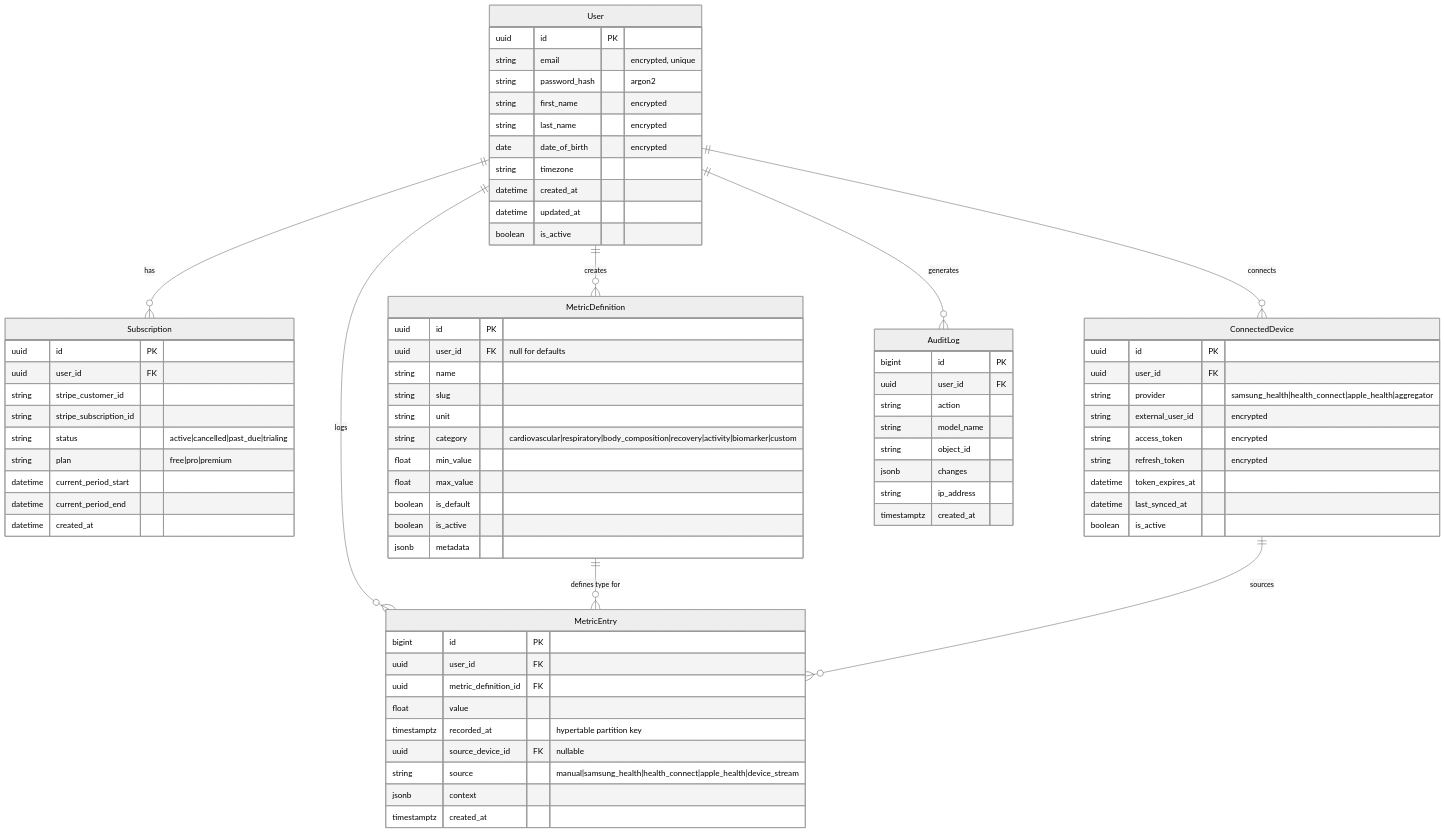
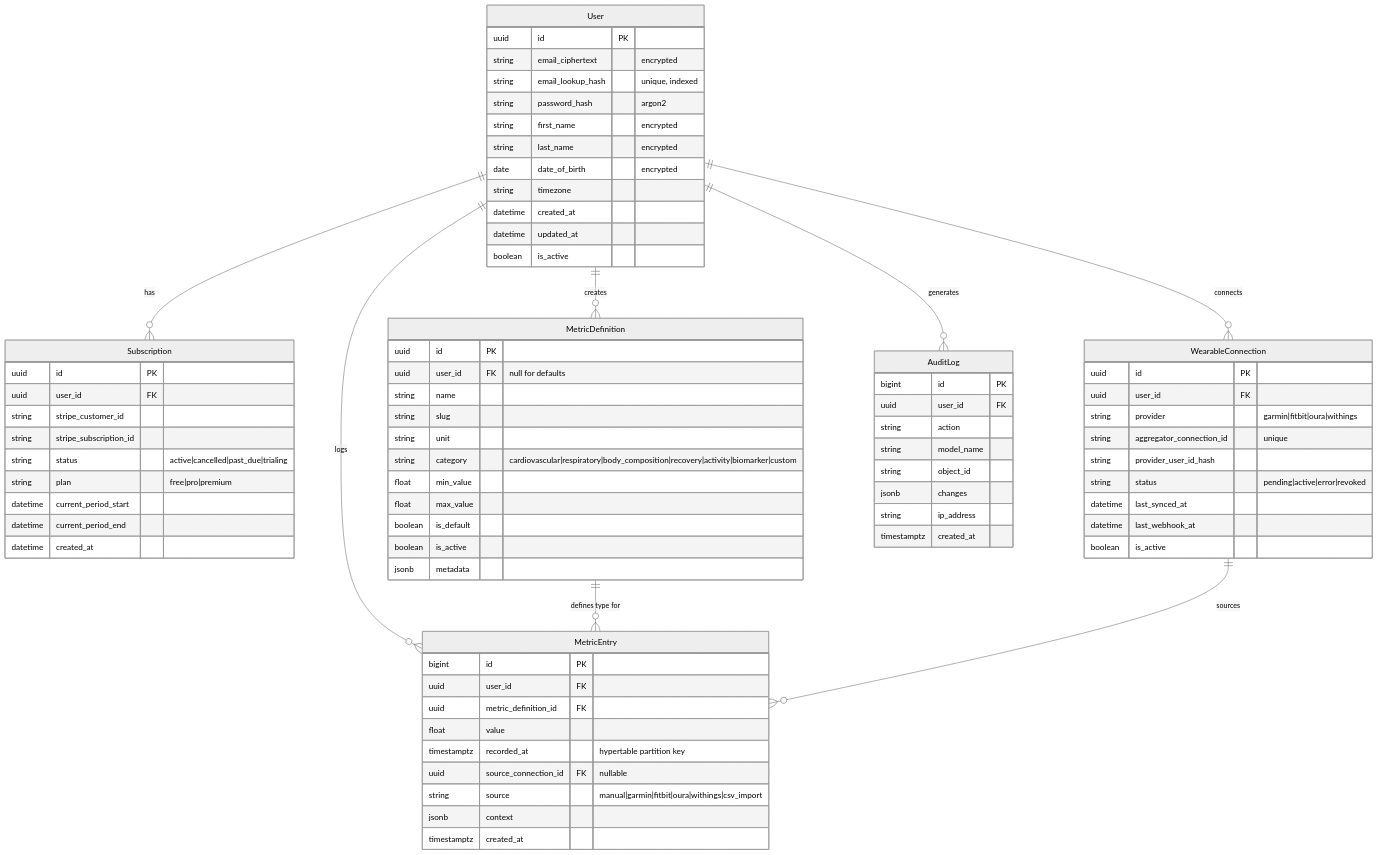
Before and after one commit to elvisrepo/long: the sixth of 6 diagrams in planning.md, drawn with Mermaid (neutral theme). The commit also changed other lines of this file, not shown here.

```diff
--- a/planning.md
+++ b/planning.md
@@ -502,14 +509,15 @@
     User ||--o{ Subscription : has
     User ||--o{ MetricDefinition : creates
     User ||--o{ MetricEntry : logs
-    User ||--o{ ConnectedDevice : connects
+    User ||--o{ WearableConnection : connects
     User ||--o{ AuditLog : generates
     MetricDefinition ||--o{ MetricEntry : "defines type for"
-    ConnectedDevice ||--o{ MetricEntry : sources
+    WearableConnection ||--o{ MetricEntry : sources
 
     User {
         uuid id PK
-        string email "encrypted, unique"
+        string email_ciphertext "encrypted"
+        string email_lookup_hash "unique, indexed"
         string password_hash "argon2"
         string first_name "encrypted"
         string last_name "encrypted"
@@ -552,21 +560,21 @@
         uuid metric_definition_id FK
         float value
         timestamptz recorded_at "hypertable partition key"
-        uuid source_device_id FK "nullable"
-        string source "manual|samsung_health|health_connect|apple_health|device_stream"
+        uuid source_connection_id FK "nullable"
+        string source "manual|garmin|fitbit|oura|withings|csv_import"
         jsonb context
         timestamptz created_at
     }
 
-    ConnectedDevice {
+    WearableConnection {
         uuid id PK
         uuid user_id FK
-        string provider "samsung_health|health_connect|apple_health|aggregator"
-        string external_user_id "encrypted"
-        string access_token "encrypted"
-        string refresh_token "encrypted"
-        datetime token_expires_at
+        string provider "garmin|fitbit|oura|withings"
+        string aggregator_connection_id "unique"
+        string provider_user_id_hash
+        string status "pending|active|error|revoked"
         datetime last_synced_at
+        datetime last_webhook_at
         boolean is_active
     }
 
```
